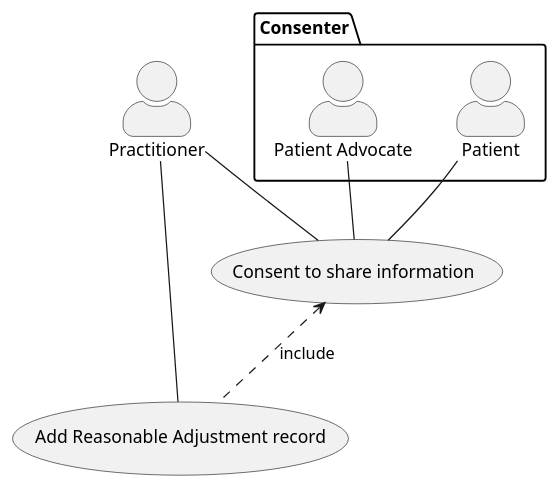
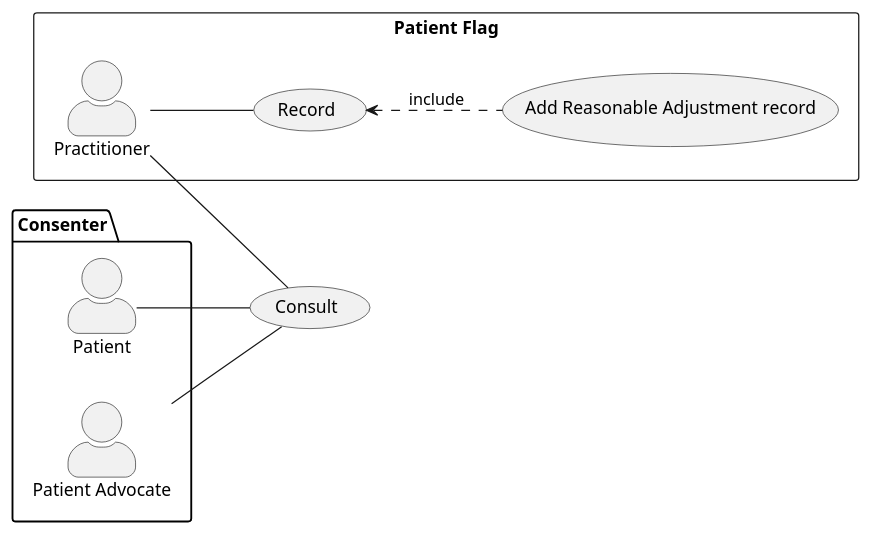
Before and after one commit to NHSDigital/ra-sandbox: the diagram in input/images-source/add-ra-record-usecase.plantuml, drawn with PlantUML. The commit also changed 2 other files, not shown here.

```diff
--- a/input/images-source/add-ra-record-usecase.plantuml
+++ b/input/images-source/add-ra-record-usecase.plantuml
@@ -1,21 +1,26 @@
 @startuml
 
 skinparam actorStyle awesome
+left to right direction
 
+rectangle "Patient Flag"{
 actor Practitioner as pra
-package Consenter {
-  actor "Patient Advocate" as pad
-  actor Patient as pat
+usecase "Record" as record
+usecase "Add Reasonable Adjustment record" as add
 }
 
-usecase "Consent to share information" as CON
-usecase "Add Reasonable Adjustment record" as ADD
 
-pat -- CON
-pad -- CON
-pra -- CON
-pra -- ADD
+package Consenter {
+  actor Patient as pat
+  actor "Patient Advocate" as pad
+}
 
-CON <.. ADD : include
+usecase "Consult" as consult
+
+pat -- consult
+pra -- consult
+pad -- consult
+pra -- record
+record <.. add : include
 
 @enduml
```
